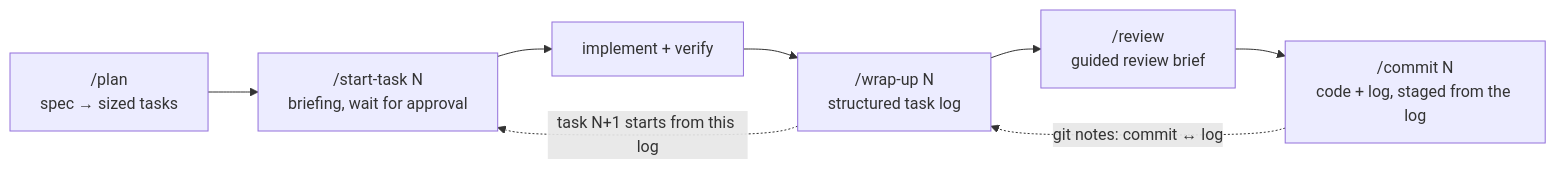
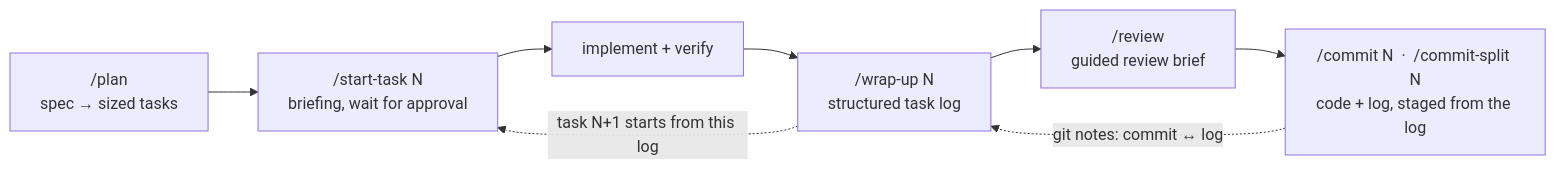
One commit to lutzleonhardt/casefile changed the diagram in README.md. Above: the diagram before and after it, drawn with Mermaid. The commit also changed other lines of this file and 7 other files, not shown here.

First line of the commit message:
feat: add /commit-split — land a task as a series of atomic commits

````diff
--- a/README.md
+++ b/README.md
@@ -150,10 +150,10 @@
 ```mermaid
 flowchart LR
     P["/plan\nspec → sized tasks"] --> S["/start-task N\nbriefing, wait for approval"]
     S --> I["implement + verify"]
     I --> W["/wrap-up N\nstructured task log"]
     W --> R["/review\nguided review brief"]
-    R --> C["/commit N\ncode + log, staged from the log"]
+    R --> C["/commit N  ·  /commit-split N\ncode + log, staged from the log"]
     C -. "git notes: commit ↔ log" .-> W
     W -. "task N+1 starts from this log" .-> S
 ```
````
